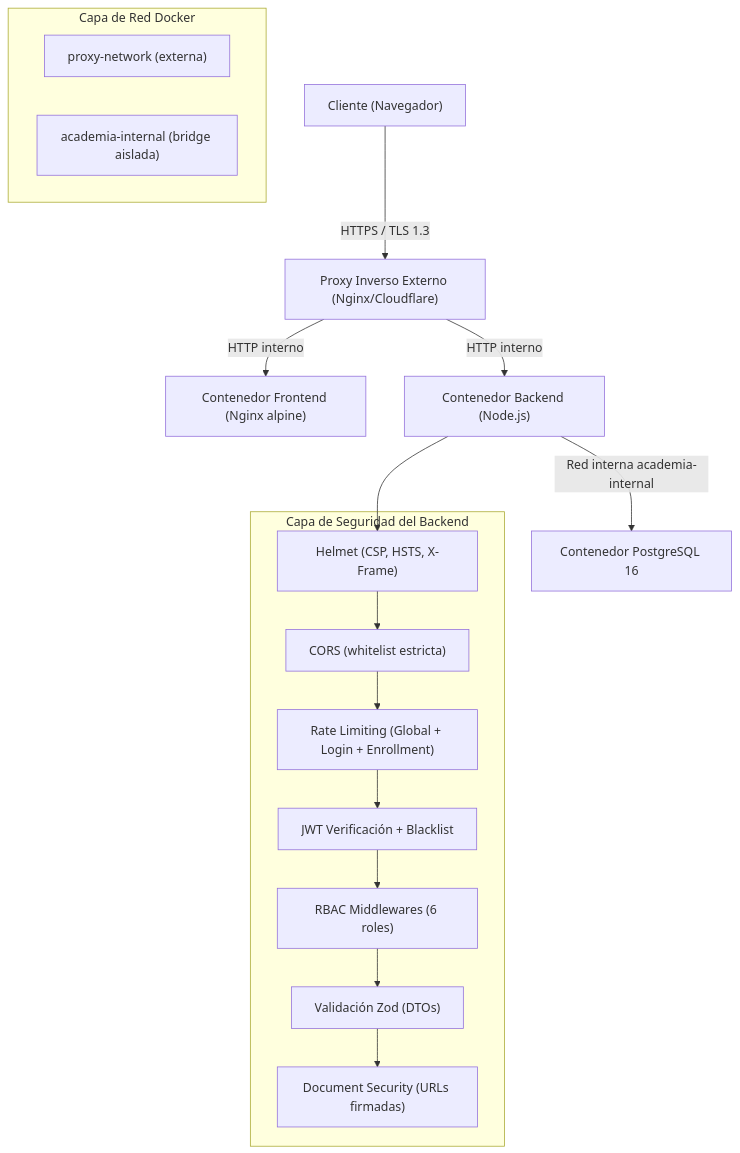
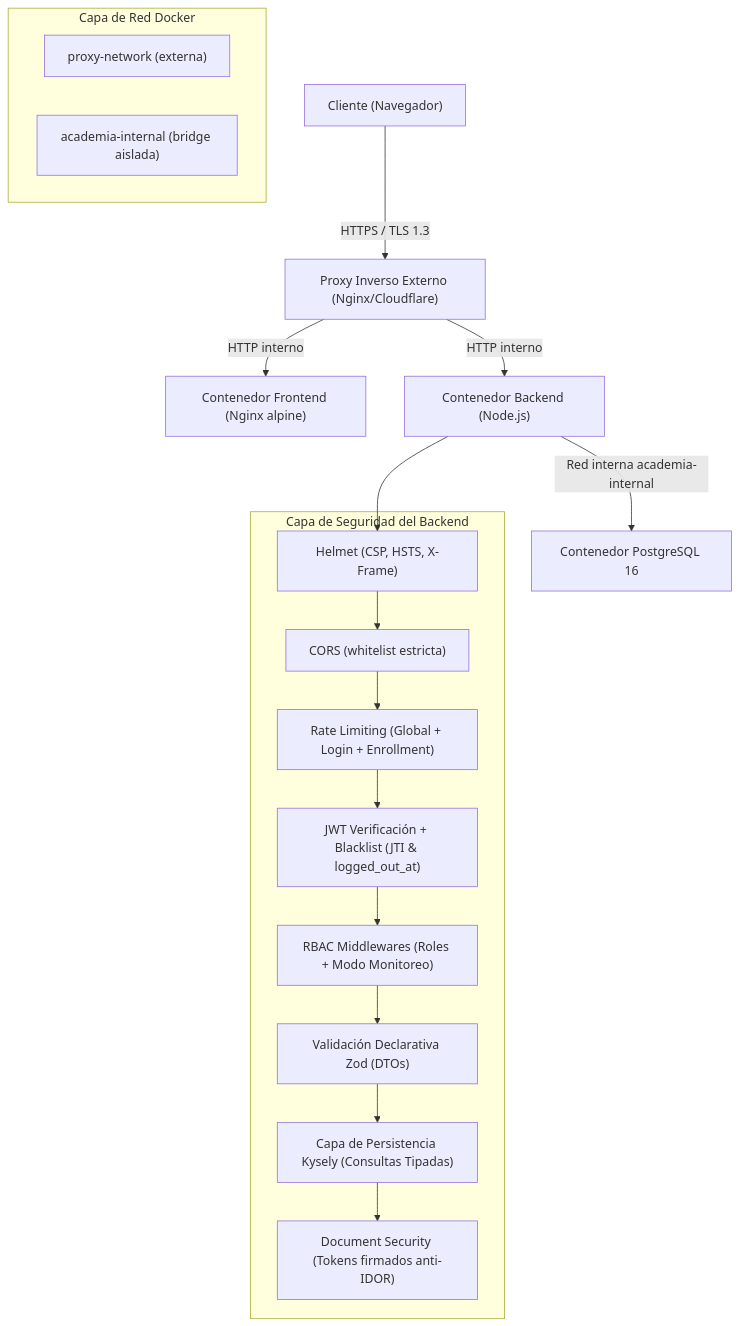
The first of 3 diagrams in guides/Documento_Tecnico_Seguridad_AcademiaNeiva.md (DanExl24/AcademiaNeiva), drawn with Mermaid before and after one commit. The commit also changed other lines of this file, not shown here.

Commit message:
docs: actualizar Documento Tecnico de Seguridad a v2.5.0 con OTP transaccional, Kysely, Zod y acompanamiento directivo

````diff
--- a/guides/Documento_Tecnico_Seguridad_AcademiaNeiva.md
+++ b/guides/Documento_Tecnico_Seguridad_AcademiaNeiva.md
@@ -49,25 +50,26 @@
 ```mermaid
 graph TD
     A["Cliente (Navegador)"] -->|"HTTPS / TLS 1.3"| B["Proxy Inverso Externo (Nginx/Cloudflare)"]
     B -->|"HTTP interno"| C["Contenedor Frontend (Nginx alpine)"]
     B -->|"HTTP interno"| D["Contenedor Backend (Node.js)"]
     
     D -->|"Red interna academia-internal"| E["Contenedor PostgreSQL 16"]
     
     subgraph "Capa de Seguridad del Backend"
         D1["Helmet (CSP, HSTS, X-Frame)"]
         D2["CORS (whitelist estricta)"]
         D3["Rate Limiting (Global + Login + Enrollment)"]
-        D4["JWT Verificación + Blacklist"]
-        D5["RBAC Middlewares (6 roles)"]
-        D6["Validación Zod (DTOs)"]
-        D7["Document Security (URLs firmadas)"]
+        D4["JWT Verificación + Blacklist (JTI & logged_out_at)"]
+        D5["RBAC Middlewares (Roles + Modo Monitoreo)"]
+        D6["Validación Declarativa Zod (DTOs)"]
+        D7["Capa de Persistencia Kysely (Consultas Tipadas)"]
+        D8["Document Security (Tokens firmados anti-IDOR)"]
     end
     
-    D --> D1 --> D2 --> D3 --> D4 --> D5 --> D6 --> D7
+    D --> D1 --> D2 --> D3 --> D4 --> D5 --> D6 --> D7 --> D8
     
     subgraph "Capa de Red Docker"
         N1["proxy-network (externa)"]
         N2["academia-internal (bridge aislada)"]
     end
 ```
````
